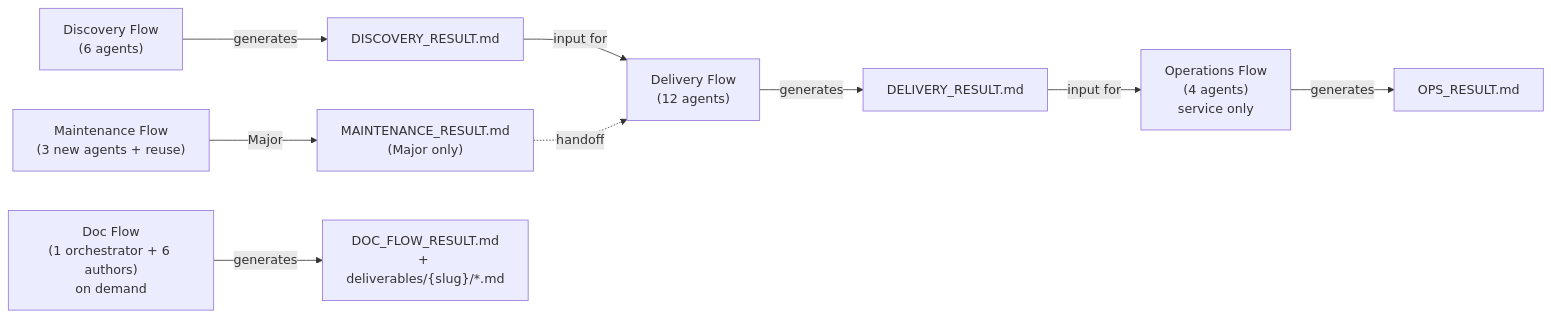
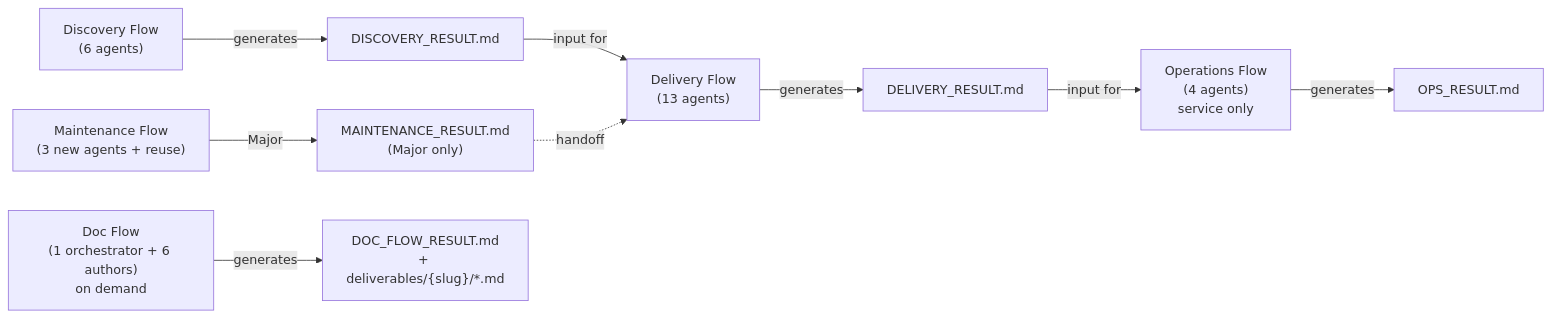
One commit to kirin0198/aphelion-agents changed the first of 2 diagrams in docs/wiki/en/Architecture-Domain-Model.md. Above: the diagram before and after it, drawn with Mermaid. The commit also changed other lines of this file and 53 other files, not shown here.

````diff
--- a/docs/wiki/en/Architecture-Domain-Model.md
+++ b/docs/wiki/en/Architecture-Domain-Model.md
@@ -28,19 +28,19 @@
 ```mermaid
 flowchart LR
     DR["DISCOVERY_RESULT.md"]
     DLR["DELIVERY_RESULT.md"]
     OPR["OPS_RESULT.md"]
     MR["MAINTENANCE_RESULT.md\n(Major only)"]
     DCR["DOC_FLOW_RESULT.md\n+ deliverables/{slug}/*.md"]
 
     Discovery["Discovery Flow\n(6 agents)"] -->|generates| DR
-    DR -->|input for| Delivery["Delivery Flow\n(12 agents)"]
+    DR -->|input for| Delivery["Delivery Flow\n(13 agents)"]
     Delivery -->|generates| DLR
     DLR -->|input for| Ops["Operations Flow\n(4 agents)\nservice only"]
     Ops -->|generates| OPR
 
     Maintenance["Maintenance Flow\n(3 new agents + reuse)"] -->|Major| MR
     MR -.->|handoff| Delivery
 
     Doc["Doc Flow\n(1 orchestrator + 6 authors)\non demand"] -->|generates| DCR
 ```
````
